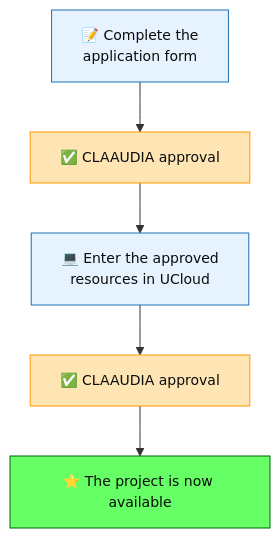
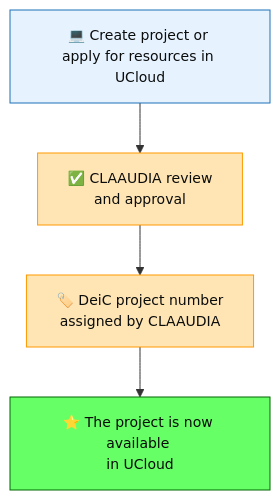
One commit to aau-claaudia/hpc changed the diagram in docs/ucloud/how-to-access.md. Above: the diagram before and after it, drawn with Mermaid. The commit also changed other lines of this file and 1 other file, not shown here.

Commit message:
correction of UCloud how to access pages

````diff
--- a/docs/ucloud/how-to-access.md
+++ b/docs/ucloud/how-to-access.md
@@ -23,20 +23,20 @@
 ```mermaid
 graph TD
-    A["📝 Complete the <br/>application form"] --> B["✅ CLAAUDIA approval"]
-    B --> C["💻 Enter the approved <br/>resources in UCloud"]
-    C --> D["✅ CLAAUDIA approval"]
-    D --> E["⭐ The project is now available"]
+    A["💻 Create project or <br/>apply for resources in UCloud"]
+    --> B["✅ CLAAUDIA review <br/>and approval"]
+    B --> C["🏷️ DeiC project number <br/>assigned by CLAAUDIA"]
+    C --> D["⭐ The project is now available <br/>in UCloud"]
 
-    click A "https://forms.office.com/e/8Khbr1TJGC" "Open application form" _blank
-    click C "https://cloud.sdu.dk/app/dashboard" "Open UCloud dashboard" _blank
+    %% Clickable entry point
+    click A "https://cloud.sdu.dk/app/dashboard" "Open UCloud dashboard" _blank
 
     %% Define classes for colors
     classDef User fill:#e6f3ff,stroke:#1d70b8,color:#0b0c0c,font-size:14px;
     classDef CLAAUDIA fill:#ffe5b4,stroke:#ff9900,color:#0b0c0c,font-size:14px;
     classDef Completed fill:#66ff66,stroke:#006600,color:#0b0c0c,font-size:14px;
 
     %% Assign classes
-    class A,C User;
-    class B,D CLAAUDIA;
-    class E Completed;
+    class A User;
+    class B,C CLAAUDIA;
+    class D Completed;
 ```
````
